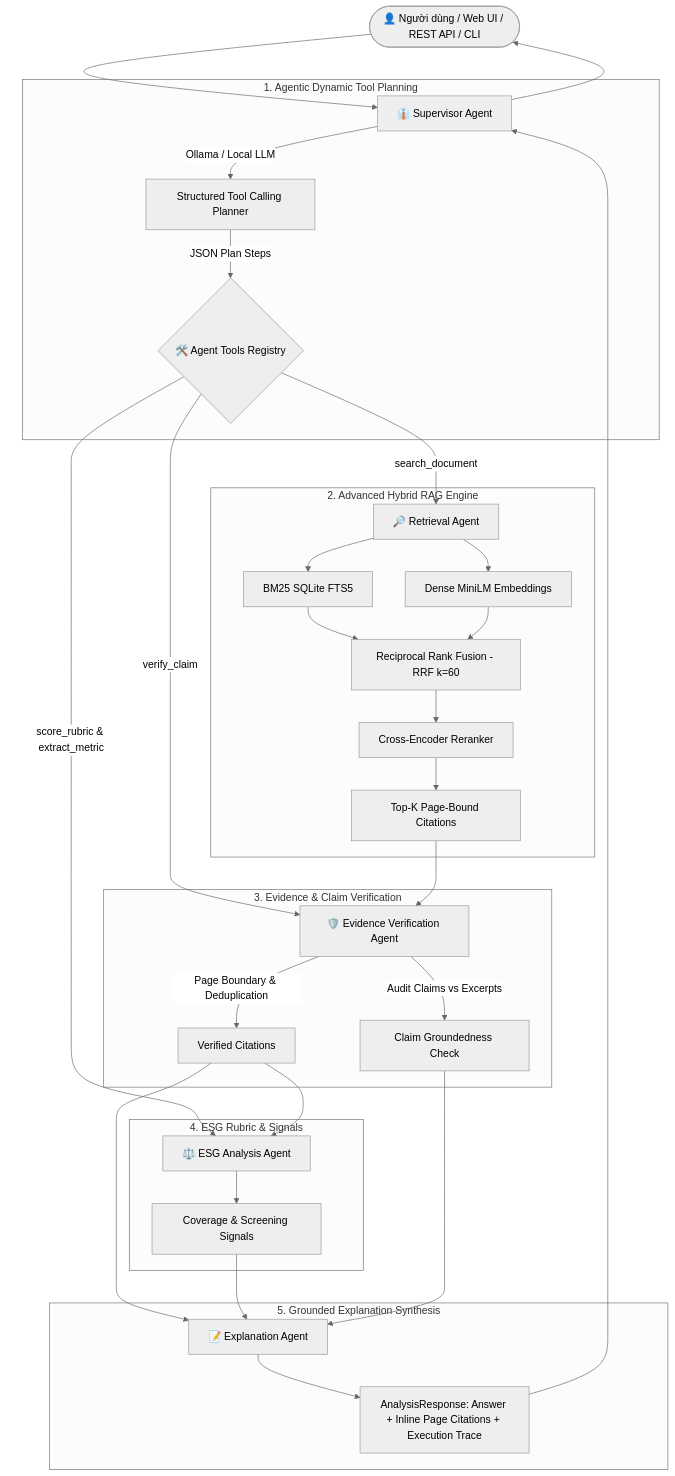
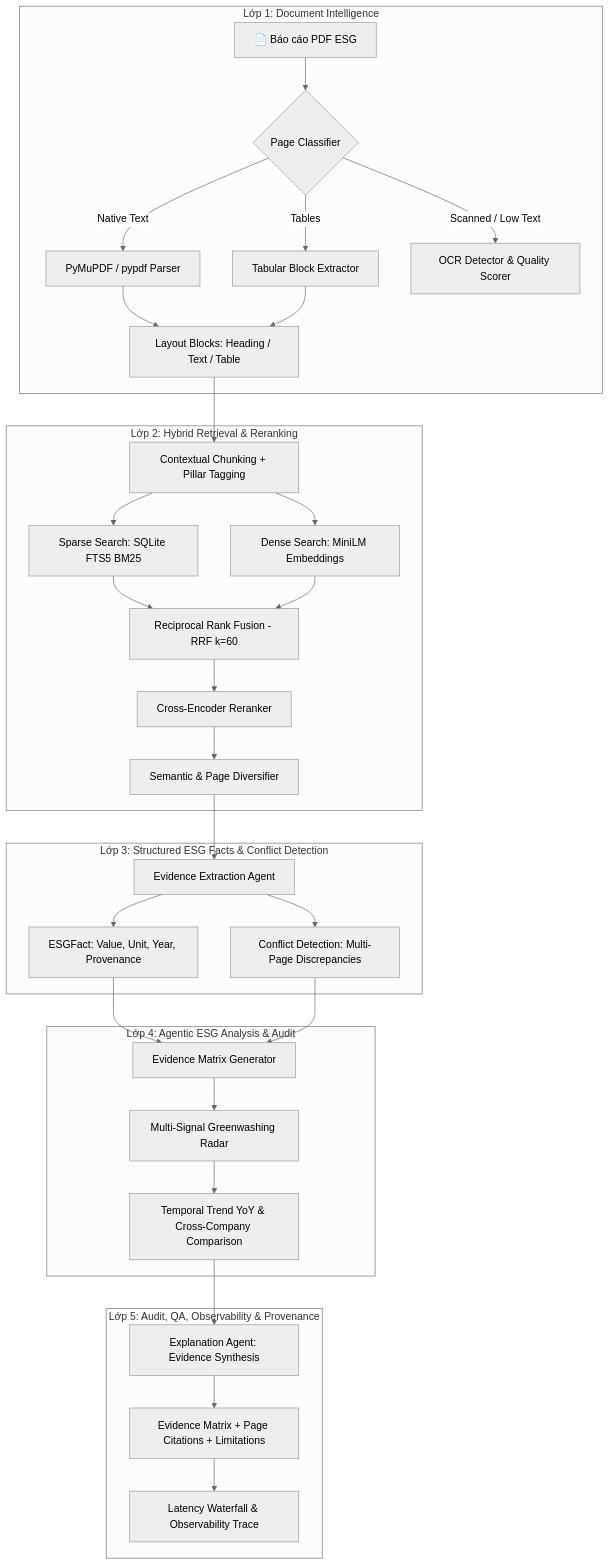
The diagram in README.md (haminhthong/Multi-Agent-ESG-Report-Analyst), drawn with Mermaid (neutral theme) before and after one commit. The commit also changed other lines of this file and 21 other files, not shown here.

````diff
--- a/README.md
+++ b/README.md
@@ -60,42 +13,37 @@
 ```mermaid
 flowchart TD
-    User([👤 Người dùng / Web UI / REST API / CLI]) --> Supervisor[👔 Supervisor Agent]
-
-    subgraph Agentic_Planning [1. Agentic Dynamic Tool Planning]
-        Supervisor -->|Ollama / Local LLM| Plan[Structured Tool Calling Planner]
-        Plan -->|JSON Plan Steps| ToolRegistry{🛠️ Agent Tools Registry}
+    subgraph L1 [Lớp 1: Document Intelligence]
+        PDF[📄 Báo cáo PDF ESG] --> PageClassifier{Page Classifier}
+        PageClassifier -->|Native Text| PyMuPDF[PyMuPDF / pypdf Parser]
+        PageClassifier -->|Tables| TableExtractor[Tabular Block Extractor]
+        PageClassifier -->|Scanned / Low Text| OCRDetector[OCR Detector & Quality Scorer]
+        PyMuPDF & TableExtractor --> LayoutBlocks[Layout Blocks: Heading / Text / Table]
     end
 
-    subgraph Advanced_Retrieval [2. Advanced Hybrid RAG Engine]
-        ToolRegistry -->|search_document| RetAgent[🔎 Retrieval Agent]
-        RetAgent --> BM25[BM25 SQLite FTS5]
-        RetAgent --> Dense[Dense MiniLM Embeddings]
-        BM25 --> RRF[Reciprocal Rank Fusion - RRF k=60]
-        Dense --> RRF
+    subgraph L2 [Lớp 2: Hybrid Retrieval & Reranking]
+        LayoutBlocks --> Chunks[Contextual Chunking + Pillar Tagging]
+        Chunks --> FTS5[Sparse Search: SQLite FTS5 BM25]
+        Chunks --> Dense[Dense Search: MiniLM Embeddings]
+        FTS5 & Dense --> RRF[Reciprocal Rank Fusion - RRF k=60]
         RRF --> Rerank[Cross-Encoder Reranker]
-        Rerank --> Candidates[Top-K Page-Bound Citations]
+        Rerank --> Diversifier[Semantic & Page Diversifier]
     end
 
-    subgraph Verification_Guardrails [3. Evidence & Claim Verification]
-        ToolRegistry -->|verify_claim| Verifier[🛡️ Evidence Verification Agent]
-        Candidates --> Verifier
-        Verifier -->|Page Boundary & Deduplication| ValidCitations[Verified Citations]
-        Verifier -->|Audit Claims vs Excerpts| AuditLog[Claim Groundedness Check]
+    subgraph L3 [Lớp 3: Structured ESG Facts & Conflict Detection]
+        Diversifier --> FactExtractor[Evidence Extraction Agent]
+        FactExtractor --> ESGRecord[ESGFact: Value, Unit, Year, Provenance]
+        FactExtractor --> ConflictDetector[Conflict Detection: Multi-Page Discrepancies]
     end
 
-    subgraph Rubric_Scoring [4. ESG Rubric & Signals]
-        ToolRegistry -->|score_rubric & extract_metric| Analysis[⚖️ ESG Analysis Agent]
-        ValidCitations --> Analysis
-        Analysis --> PillarScores[Coverage & Screening Signals]
+    subgraph L4 [Lớp 4: Agentic ESG Analysis & Audit]
+        ESGRecord & ConflictDetector --> MatrixBuilder[Evidence Matrix Generator]
+        MatrixBuilder --> GWScreening[Multi-Signal Greenwashing Radar]
+        GWScreening --> TemporalComp[Temporal Trend YoY & Cross-Company Comparison]
     end
 
-    subgraph Answer_Synthesis [5. Grounded Explanation Synthesis]
-        ValidCitations --> Synthesizer[📝 Explanation Agent]
-        PillarScores --> Synthesizer
-        AuditLog --> Synthesizer
-        Synthesizer --> FinalResp[AnalysisResponse: Answer + Inline Page Citations + Execution Trace]
+    subgraph L5 [Lớp 5: Audit, QA, Observability & Provenance]
+        TemporalComp --> Synthesizer[Explanation Agent: Evidence Synthesis]
+        Synthesizer --> AuditReport[Evidence Matrix + Page Citations + Limitations]
+        AuditReport --> WaterfallTrace[Latency Waterfall & Observability Trace]
     end
-
-    FinalResp --> Supervisor
-    Supervisor --> User
 ```
````
